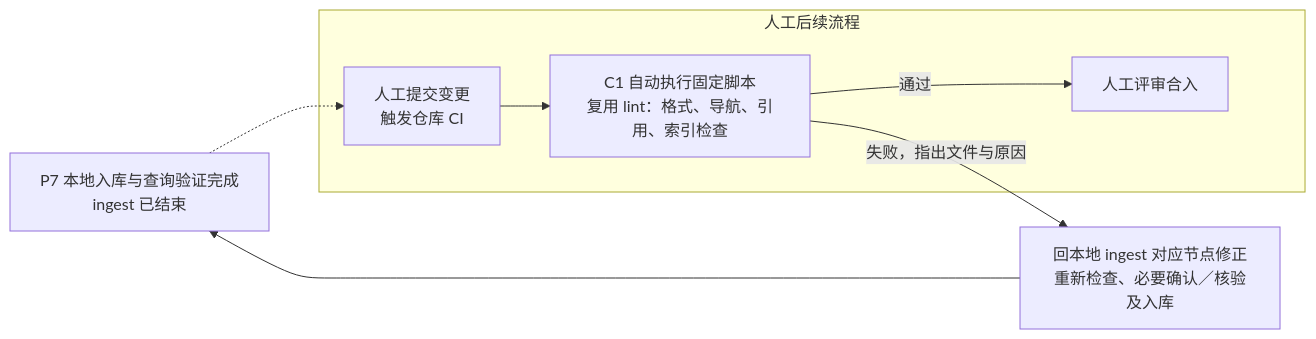
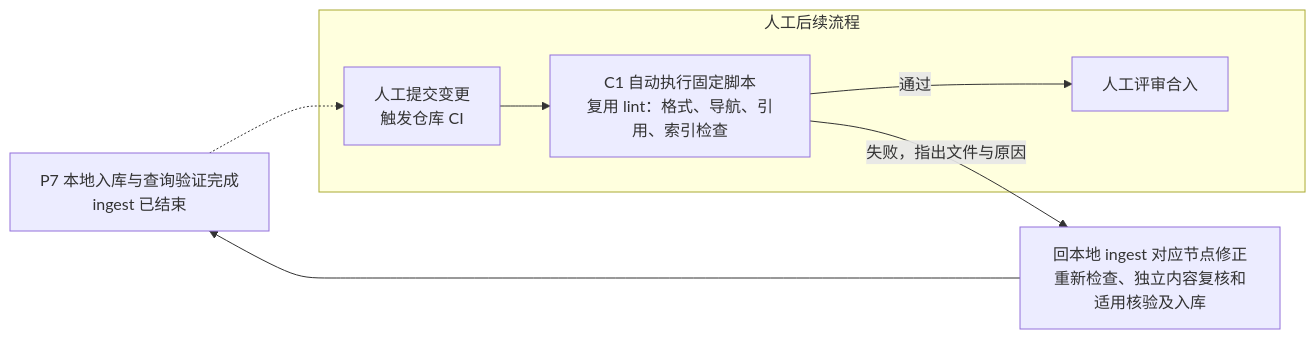
Before and after one commit to Robin-hhc/FactumCore: the sixth of 20 diagrams in aiotbot-knowledge-wifi-mp/docs-llm-wiki/知识库详细设计.md, drawn with Mermaid. The commit also changed other lines of this file and 115 other files, not shown here.

````diff
--- a/aiotbot-knowledge-wifi-mp/docs-llm-wiki/知识库详细设计.md
+++ b/aiotbot-knowledge-wifi-mp/docs-llm-wiki/知识库详细设计.md
@@ -308,11 +311,11 @@
 ```mermaid
 flowchart LR
     P7["P7 本地入库与查询验证完成<br/>ingest 已结束"]
     subgraph HUMAN["人工后续流程"]
         SUBMIT["人工提交变更<br/>触发仓库 CI"] --> C1["C1 自动执行固定脚本<br/>复用 lint：格式、导航、引用、索引检查"]
         C1 -->|"通过"| MERGE["人工评审合入"]
     end
     P7 -.-> SUBMIT
-    C1 -->|"失败，指出文件与原因"| FIX["回本地 ingest 对应节点修正<br/>重新检查、必要确认／核验及入库"]
+    C1 -->|"失败，指出文件与原因"| FIX["回本地 ingest 对应节点修正<br/>重新检查、独立内容复核和适用核验及入库"]
     FIX --> P7
 ```
````
